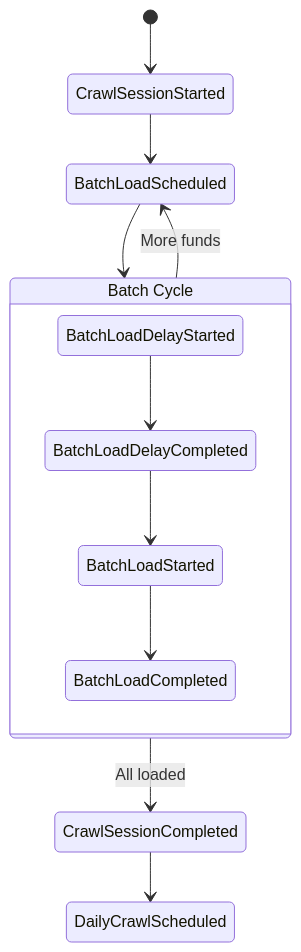
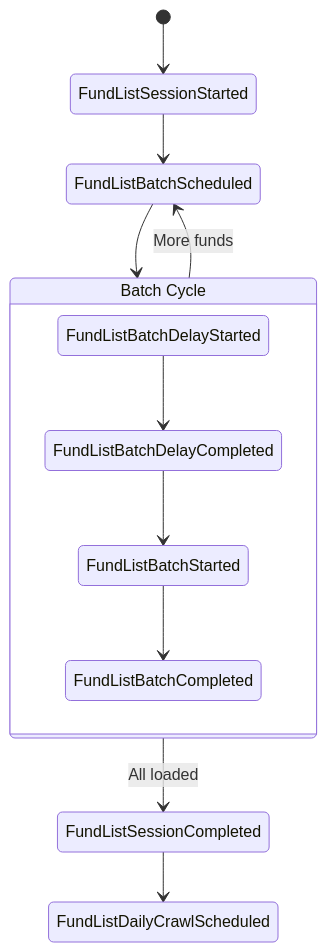
Before and after one commit to Muhomorik/SemanticKernel-FundDocsQnA-dotnet-nextjs: the second of 8 diagrams in YieldRaccoon/README.md, drawn with Mermaid. The commit also changed other lines of this file and 86 other files, not shown here.

````diff
--- a/YieldRaccoon/README.md
+++ b/YieldRaccoon/README.md
@@ -249,16 +250,16 @@
 ```mermaid
 stateDiagram-v2
-    [*] --> CrawlSessionStarted
-    CrawlSessionStarted --> BatchLoadScheduled
+    [*] --> FundListSessionStarted
+    FundListSessionStarted --> FundListBatchScheduled
 
     state "Batch Cycle" as BC {
-        BatchLoadDelayStarted --> BatchLoadDelayCompleted
-        BatchLoadDelayCompleted --> BatchLoadStarted
-        BatchLoadStarted --> BatchLoadCompleted
+        FundListBatchDelayStarted --> FundListBatchDelayCompleted
+        FundListBatchDelayCompleted --> FundListBatchStarted
+        FundListBatchStarted --> FundListBatchCompleted
     }
 
-    BatchLoadScheduled --> BC
-    BC --> BatchLoadScheduled: More funds
-    BC --> CrawlSessionCompleted: All loaded
-    CrawlSessionCompleted --> DailyCrawlScheduled
+    FundListBatchScheduled --> BC
+    BC --> FundListBatchScheduled: More funds
+    BC --> FundListSessionCompleted: All loaded
+    FundListSessionCompleted --> FundListDailyCrawlScheduled
 ```
````
